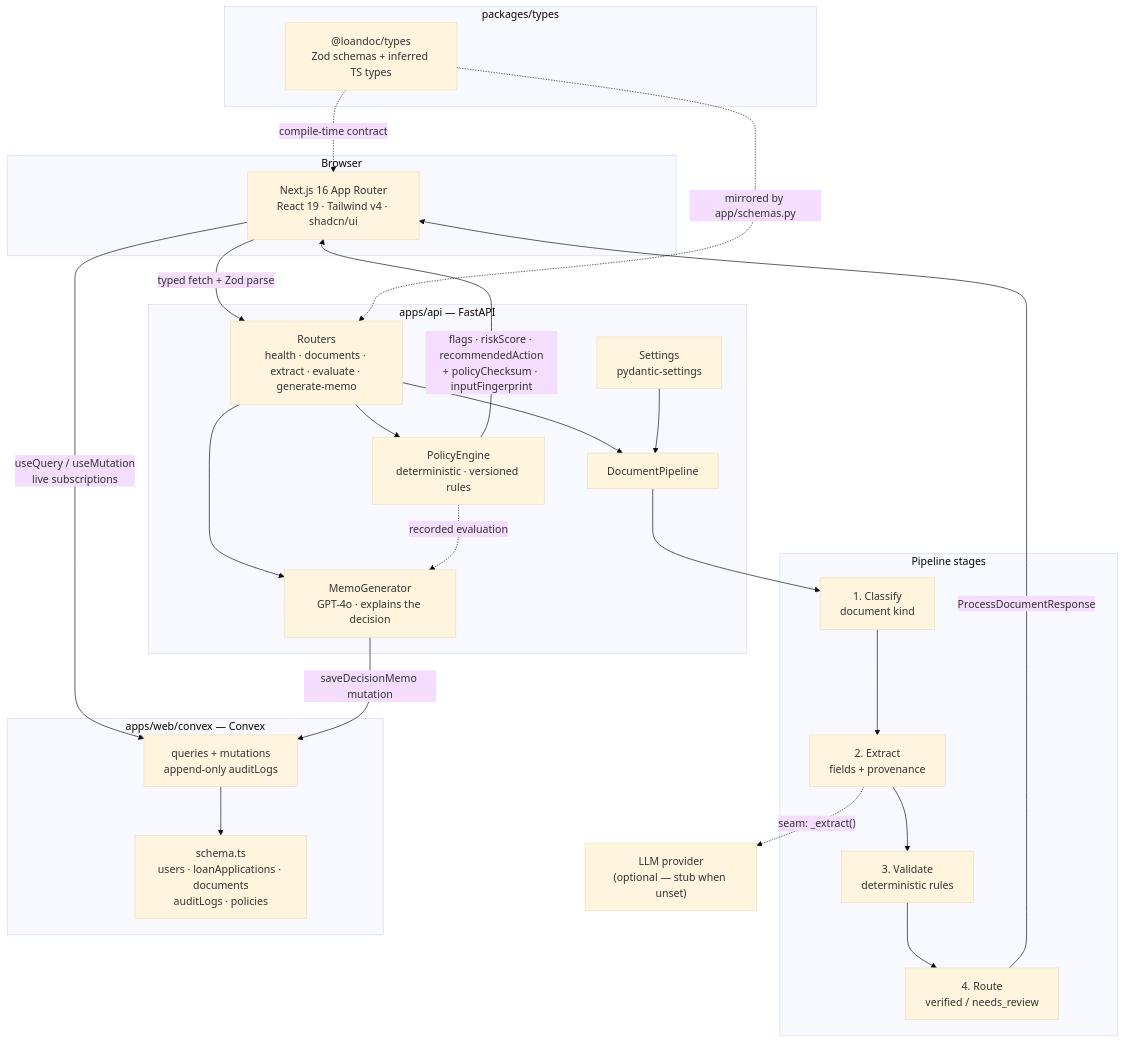
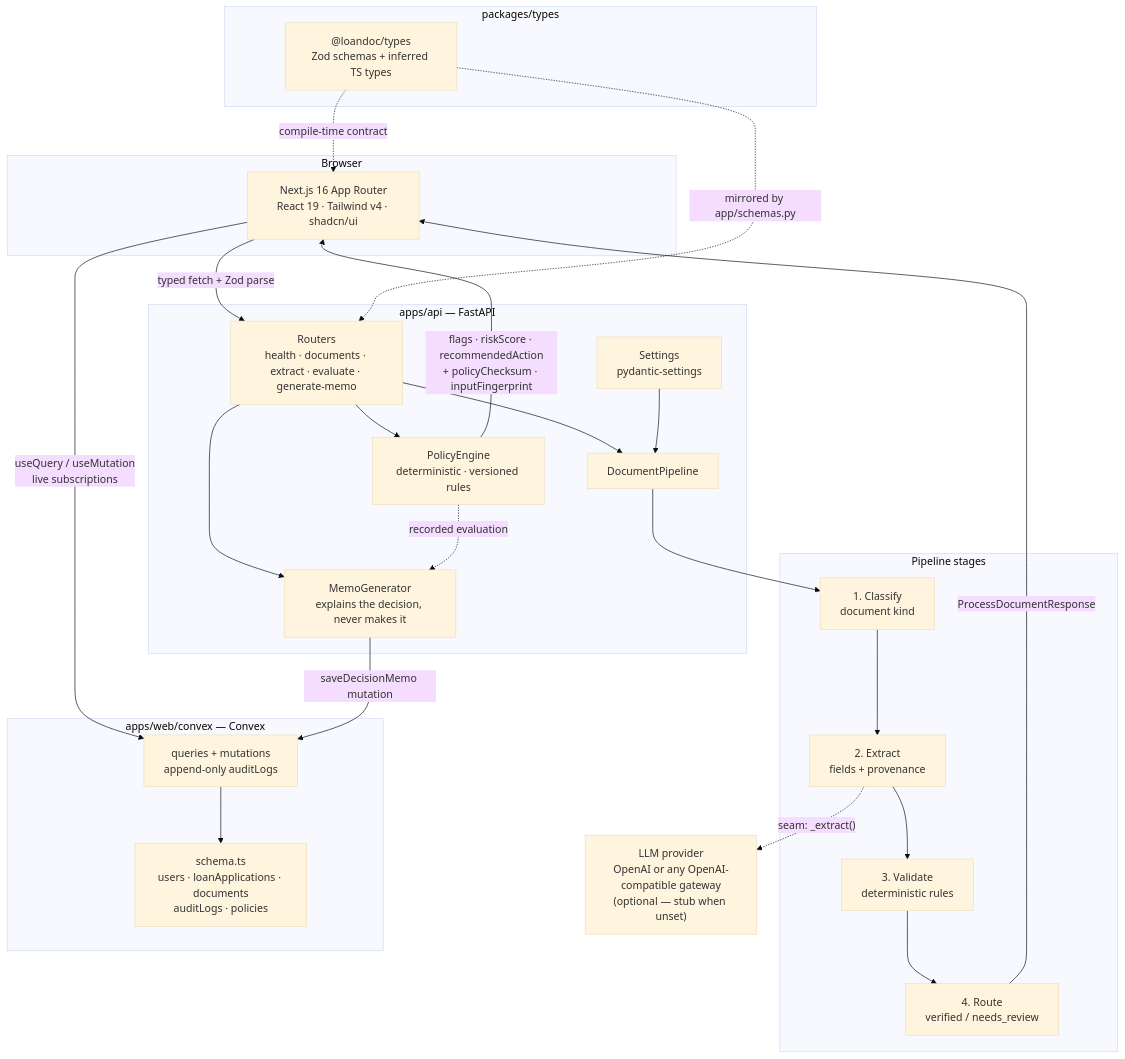
Before and after one commit to TIMOTHY-glitch-hash/loanDoc-ai: the first of 2 diagrams in README.md, drawn with Mermaid (base theme). The commit also changed other lines of this file and 7 other files, not shown here.

Commit message:
Support OpenAI-compatible gateways (OpenRouter) for extraction and memo

````diff
--- a/README.md
+++ b/README.md
@@ -16,48 +16,48 @@
 ```mermaid
 flowchart TB
     subgraph client["Browser"]
         UI["Next.js 16 App Router<br/>React 19 · Tailwind v4 · shadcn/ui"]
     end
 
     subgraph shared["packages/types"]
         T["@loandoc/types<br/>Zod schemas + inferred TS types"]
     end
 
     subgraph api["apps/api — FastAPI"]
         R["Routers<br/>health · documents · extract · evaluate · generate-memo"]
         P["DocumentPipeline"]
         PE["PolicyEngine<br/>deterministic · versioned rules"]
-        MG["MemoGenerator<br/>GPT-4o · explains the decision"]
+        MG["MemoGenerator<br/>explains the decision, never makes it"]
         C["Settings<br/>pydantic-settings"]
     end
 
     subgraph pipeline["Pipeline stages"]
         S1["1. Classify<br/>document kind"]
         S2["2. Extract<br/>fields + provenance"]
         S3["3. Validate<br/>deterministic rules"]
         S4["4. Route<br/>verified / needs_review"]
     end
 
     subgraph convex["apps/web/convex — Convex"]
         CS["schema.ts<br/>users · loanApplications · documents<br/>auditLogs · policies"]
         CF["queries + mutations<br/>append-only auditLogs"]
     end
 
-    LLM["LLM provider<br/>(optional — stub when unset)"]
+    LLM["LLM provider<br/>OpenAI or any OpenAI-compatible gateway<br/>(optional — stub when unset)"]
 
     UI -->|"useQuery / useMutation<br/>live subscriptions"| CF
     CF --> CS
     UI -->|"typed fetch + Zod parse"| R
     T -.->|"compile-time contract"| UI
     T -.->|"mirrored by app/schemas.py"| R
     R --> P
     R --> PE
     R --> MG
     PE -.->|"recorded evaluation"| MG
     MG -->|"saveDecisionMemo mutation"| CF
     C --> P
     P --> S1 --> S2 --> S3 --> S4
     S2 -.->|"seam: _extract()"| LLM
     S4 -->|"ProcessDocumentResponse"| UI
     PE -->|"flags · riskScore · recommendedAction<br/>+ policyChecksum · inputFingerprint"| UI
 ```
````
